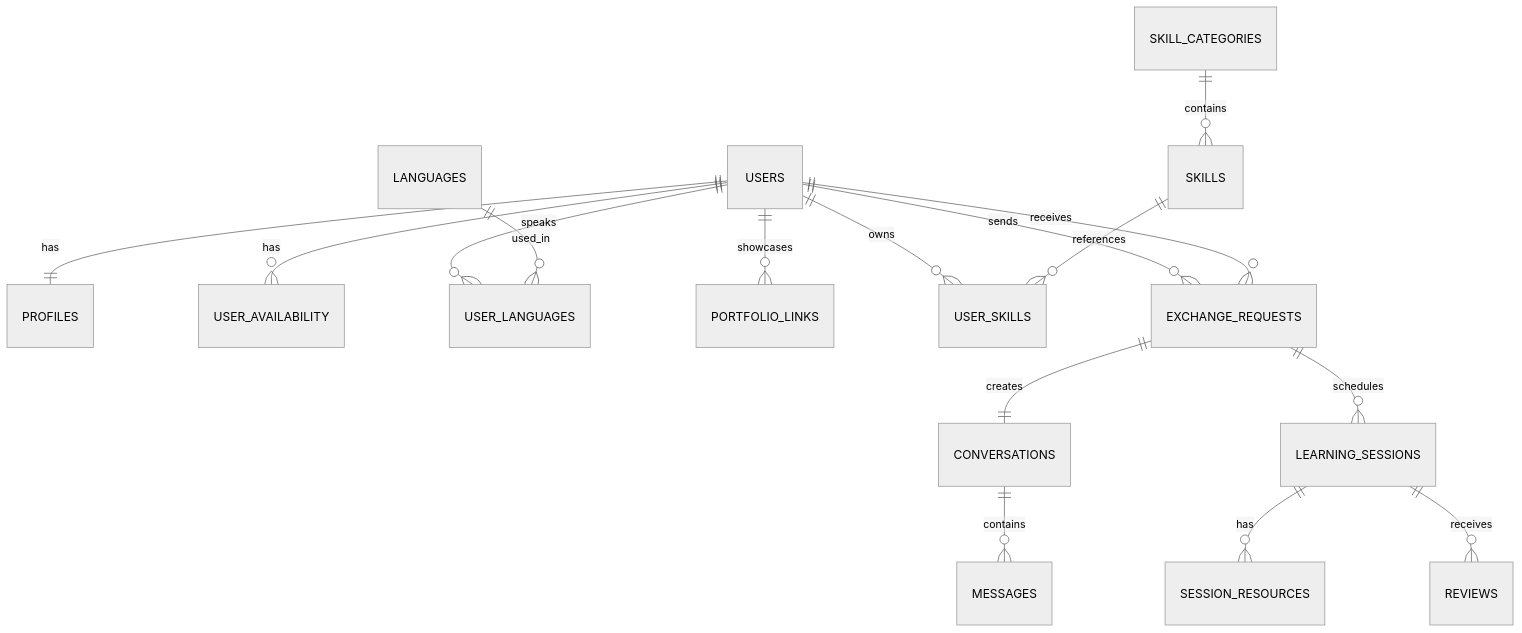
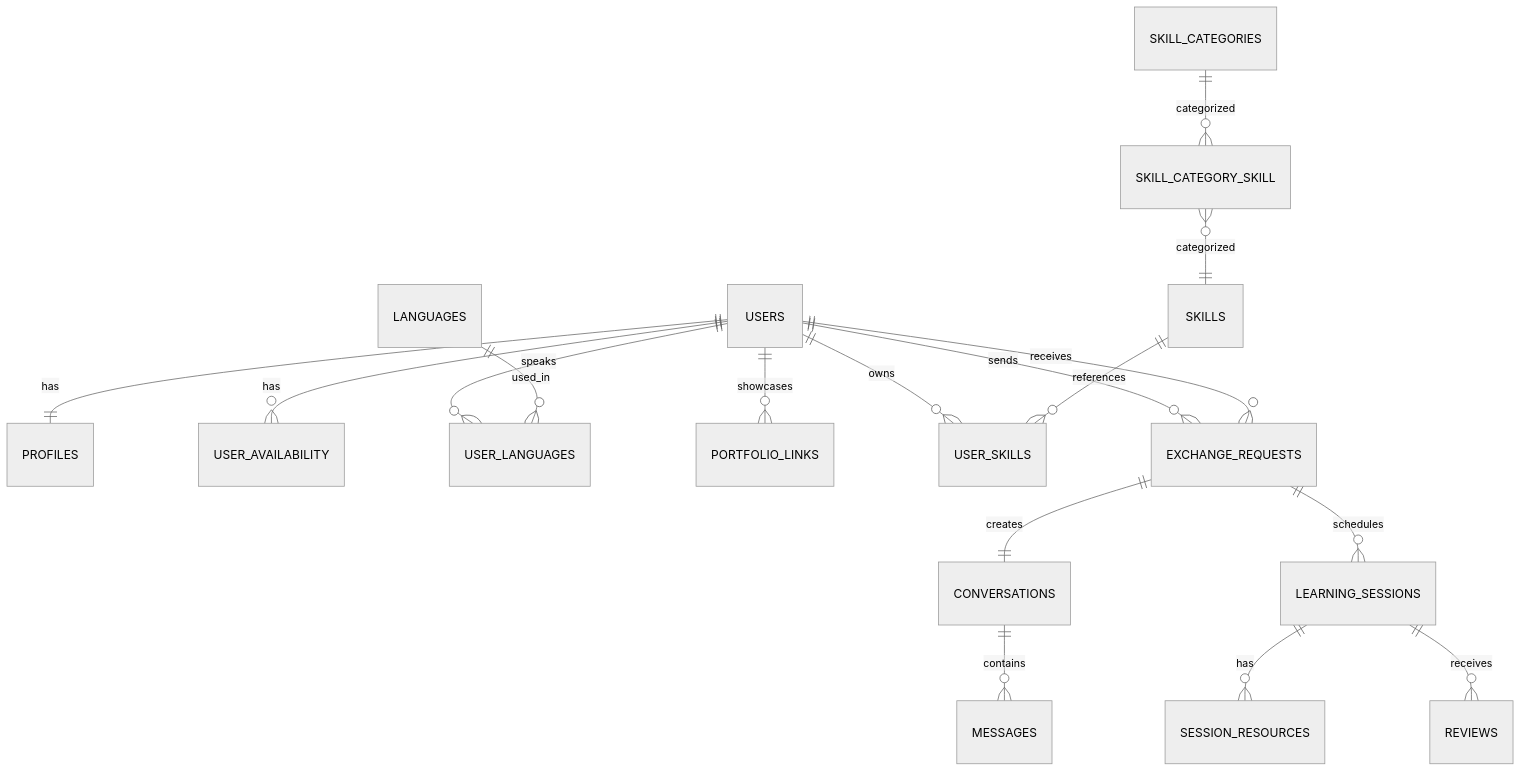
Before and after one commit to sis0n/SkillSwap: the diagram in docs/architecture/DATABASE.MD, drawn with Mermaid (neutral theme). The commit also changed other lines of this file and 43 other files, not shown here.

Commit message:
Phase 5 — Skills (backend + frontend + tests) Phase 6 — Marketplace documentation (architecture, eligibility, ranking, matching, business rules) .ai/WORKFLOW.MD — Feature Development Lifecycle (8-stage phase workflow)

````diff
--- a/docs/architecture/DATABASE.MD
+++ b/docs/architecture/DATABASE.MD
@@ -359,18 +430,19 @@
 ```mermaid
 erDiagram
 USERS ||--|| PROFILES : has
 USERS ||--o{ USER_AVAILABILITY : has
 USERS ||--o{ USER_LANGUAGES : speaks
 LANGUAGES ||--o{ USER_LANGUAGES : used_in
 USERS ||--o{ PORTFOLIO_LINKS : showcases
-SKILL_CATEGORIES ||--o{ SKILLS : contains
+SKILL_CATEGORIES ||--o{ SKILL_CATEGORY_SKILL : categorized
+SKILL_CATEGORY_SKILL }o--|| SKILLS : categorized
 USERS ||--o{ USER_SKILLS : owns
 SKILLS ||--o{ USER_SKILLS : references
 USERS ||--o{ EXCHANGE_REQUESTS : sends
 USERS ||--o{ EXCHANGE_REQUESTS : receives
 EXCHANGE_REQUESTS ||--|| CONVERSATIONS : creates
 CONVERSATIONS ||--o{ MESSAGES : contains
 EXCHANGE_REQUESTS ||--o{ LEARNING_SESSIONS : schedules
 LEARNING_SESSIONS ||--o{ SESSION_RESOURCES : has
 LEARNING_SESSIONS ||--o{ REVIEWS : receives
 ```
````
